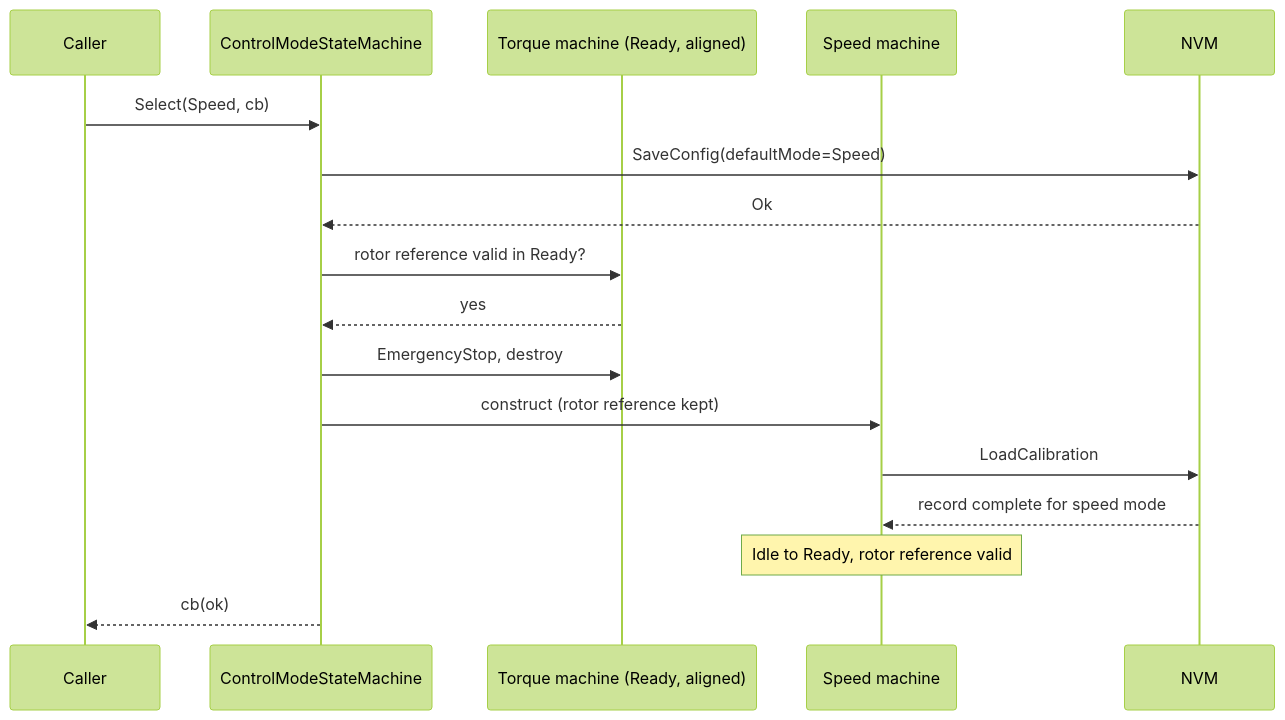
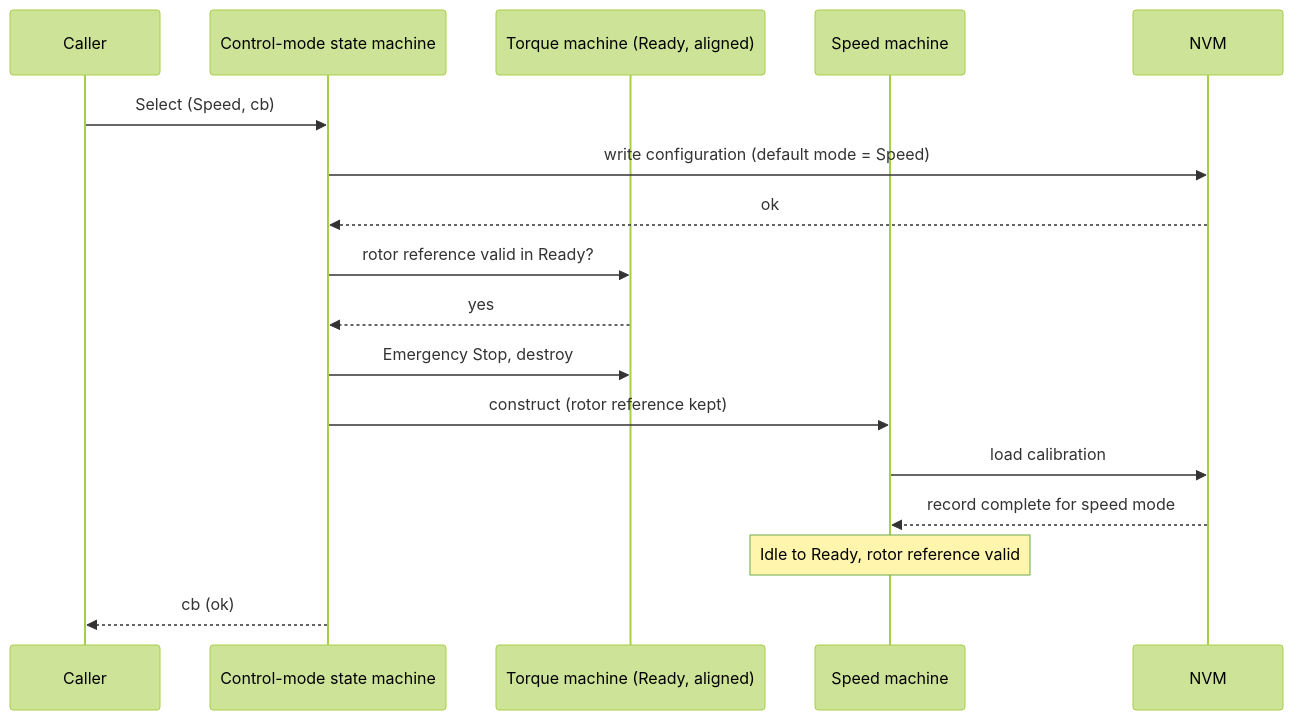
One commit to embedded-pro/e-foc changed diagram 13 of 13 in documentation/design/state-machine.md. Above: the diagram before and after it, drawn with Mermaid (forest theme). The commit also changed other lines of this file and 37 other files, not shown here.

````diff
--- a/documentation/design/state-machine.md
+++ b/documentation/design/state-machine.md
@@ -1175,20 +1255,20 @@
 ```mermaid
 sequenceDiagram
     participant Caller
-    participant CSM as ControlModeStateMachine
+    participant CSM as Control-mode state machine
     participant Old as Torque machine (Ready, aligned)
     participant New as Speed machine
     participant NVM
 
-    Caller->>CSM: Select(Speed, cb)
-    CSM->>NVM: SaveConfig(defaultMode=Speed)
-    NVM-->>CSM: Ok
+    Caller->>CSM: Select (Speed, cb)
+    CSM->>NVM: write configuration (default mode = Speed)
+    NVM-->>CSM: ok
     CSM->>Old: rotor reference valid in Ready?
     Old-->>CSM: yes
-    CSM->>Old: EmergencyStop, destroy
+    CSM->>Old: Emergency Stop, destroy
     CSM->>New: construct (rotor reference kept)
-    New->>NVM: LoadCalibration
+    New->>NVM: load calibration
     NVM-->>New: record complete for speed mode
     note over New: Idle to Ready, rotor reference valid
-    CSM-->>Caller: cb(ok)
+    CSM-->>Caller: cb (ok)
 ```
````
